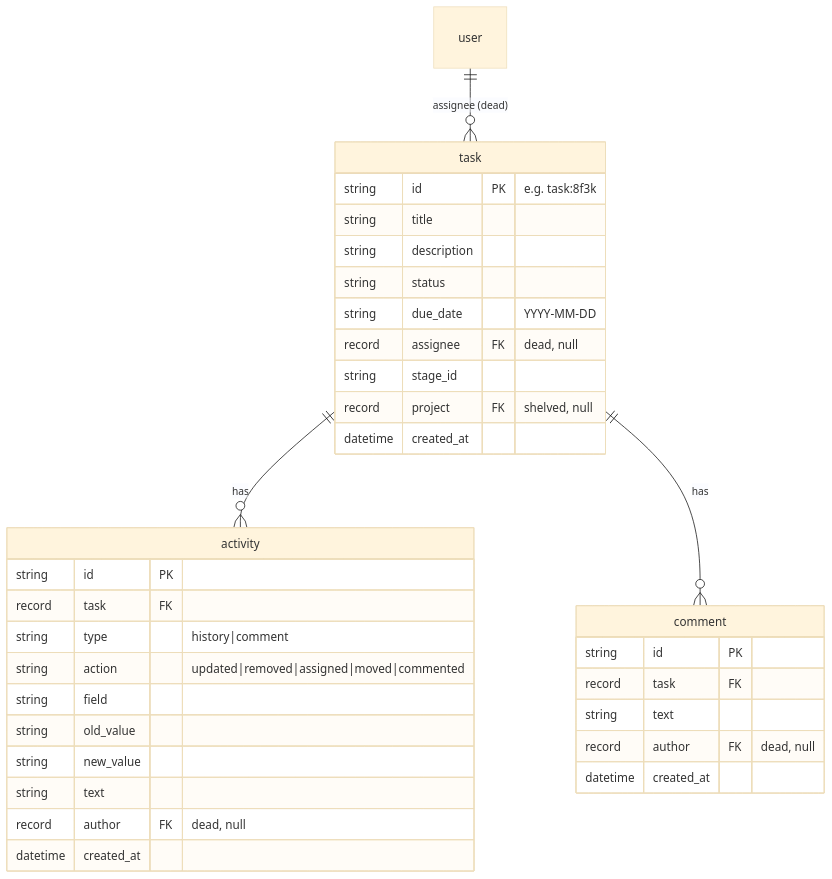
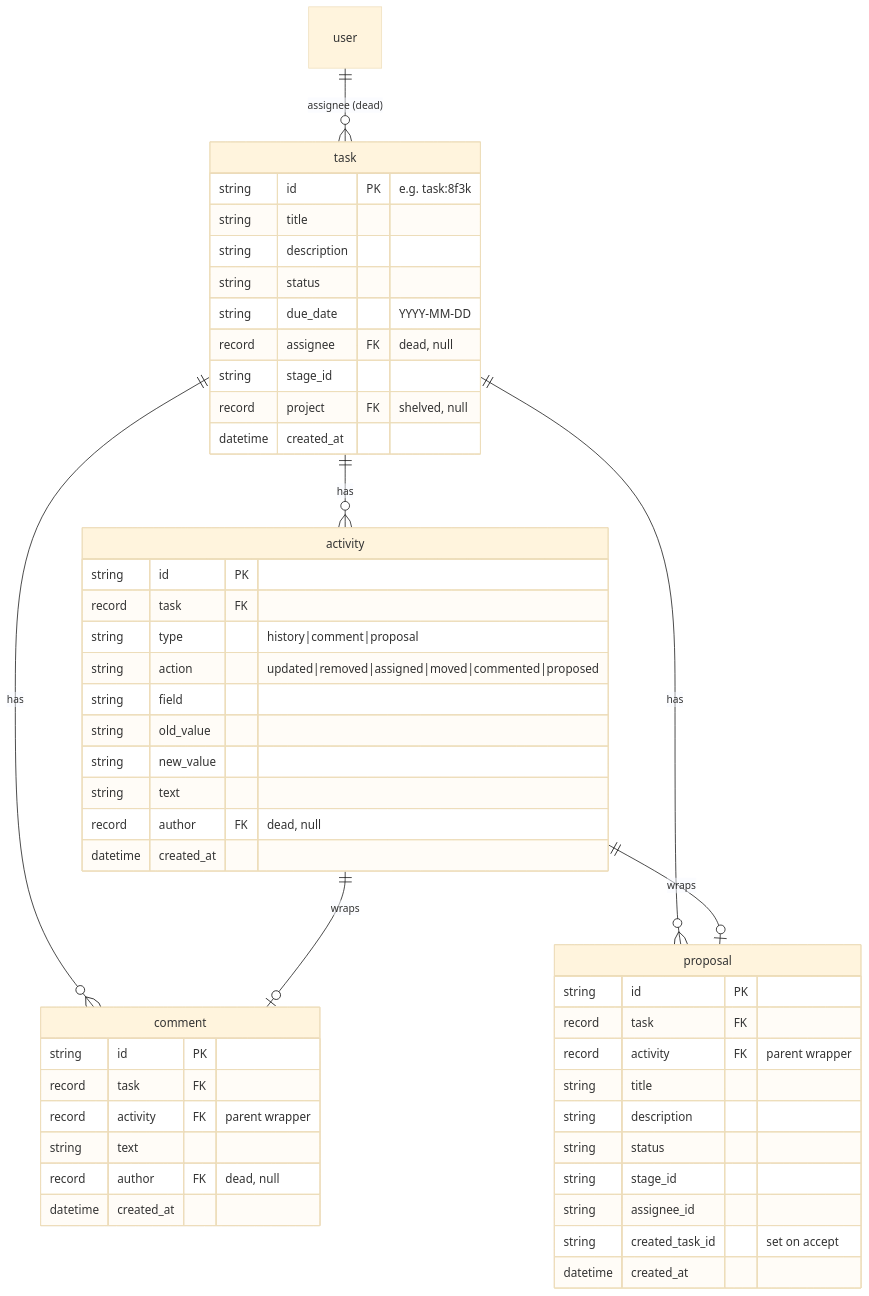
One commit to Coolmogo/task-mcp-cli-tool changed the second of 2 diagrams in README.md. Above: the diagram before and after it, drawn with Mermaid (base theme). The commit also changed other lines of this file and 10 other files, not shown here.

````diff
--- a/README.md
+++ b/README.md
@@ -37,36 +38,52 @@
 ```mermaid
 erDiagram
     user ||--o{ task : "assignee (dead)"
     task ||--o{ activity : "has"
     task ||--o{ comment : "has"
+    task ||--o{ proposal : "has"
+    activity ||--o| comment : "wraps"
+    activity ||--o| proposal : "wraps"
     task {
         string id PK "e.g. task:8f3k"
         string title
         string description
         string status
         string due_date "YYYY-MM-DD"
         record assignee FK "dead, null"
         string stage_id
         record project FK "shelved, null"
         datetime created_at
     }
     activity {
         string id PK
         record task FK
-        string type "history|comment"
-        string action "updated|removed|assigned|moved|commented"
+        string type "history|comment|proposal"
+        string action "updated|removed|assigned|moved|commented|proposed"
         string field
         string old_value
         string new_value
         string text
         record author FK "dead, null"
         datetime created_at
     }
     comment {
         string id PK
         record task FK
+        record activity FK "parent wrapper"
         string text
         record author FK "dead, null"
         datetime created_at
     }
+    proposal {
+        string id PK
+        record task FK
+        record activity FK "parent wrapper"
+        string title
+        string description
+        string status
+        string stage_id
+        string assignee_id
+        string created_task_id "set on accept"
+        datetime created_at
+    }
 ```
````
